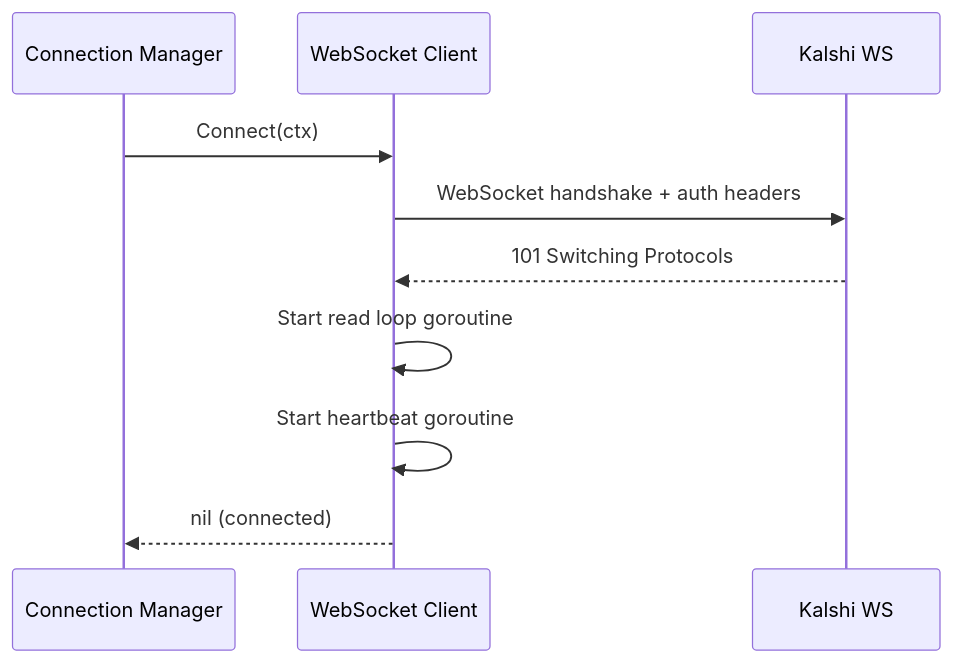
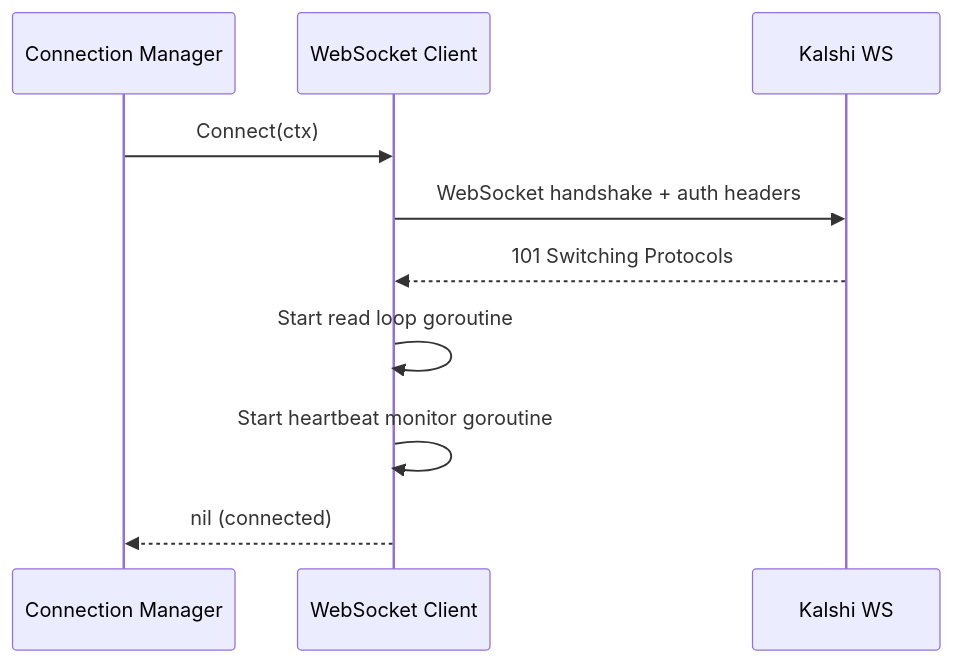
Before and after one commit to Projectsrxg/kalshi_v2: the second of 3 diagrams in docs/kalshi-data/websocket/README.md, drawn with Mermaid. The commit also changed other lines of this file, not shown here.

````diff
--- a/docs/kalshi-data/websocket/README.md
+++ b/docs/kalshi-data/websocket/README.md
@@ -125,13 +149,13 @@
 ```mermaid
 sequenceDiagram
     participant CM as Connection Manager
     participant WS as WebSocket Client
     participant K as Kalshi WS
 
     CM->>WS: Connect(ctx)
     WS->>K: WebSocket handshake + auth headers
     K-->>WS: 101 Switching Protocols
     WS->>WS: Start read loop goroutine
-    WS->>WS: Start heartbeat goroutine
+    WS->>WS: Start heartbeat monitor goroutine
     WS-->>CM: nil (connected)
 ```
````
